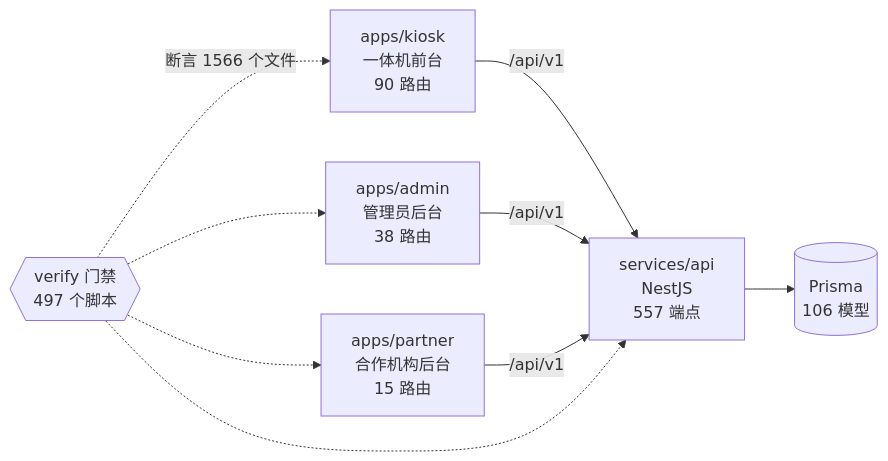
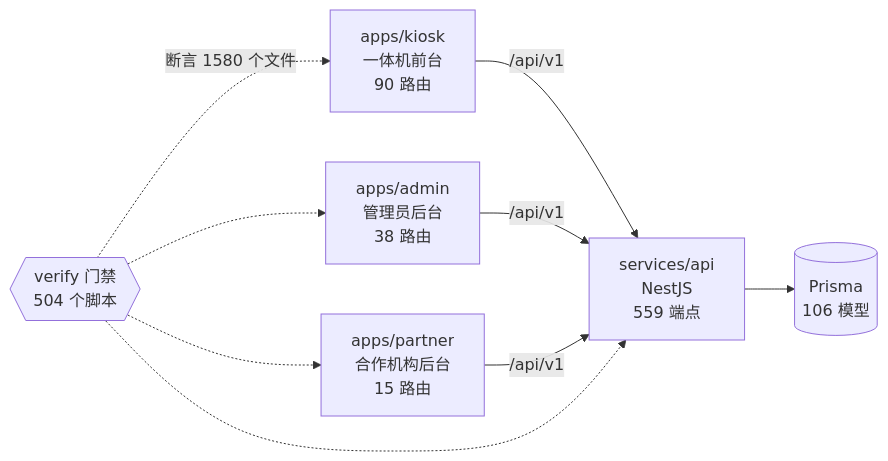
One commit to wanglei581/YITIJI changed the diagram in docs/graph/README.md. Above: the diagram before and after it, drawn with Mermaid. The commit also changed other lines of this file and 4 other files, not shown here.

Commit message:
chore(graph): regenerate after the batch merge (#1044–#1052, #1046, third-wave pilot)

````diff
--- a/docs/graph/README.md
+++ b/docs/graph/README.md
@@ -68,18 +68,18 @@
 ```mermaid
 flowchart LR
   kiosk["apps/kiosk<br/>一体机前台<br/>90 路由"]
   admin["apps/admin<br/>管理员后台<br/>38 路由"]
   partner["apps/partner<br/>合作机构后台<br/>15 路由"]
-  api["services/api<br/>NestJS<br/>557 端点"]
+  api["services/api<br/>NestJS<br/>559 端点"]
   db[("Prisma<br/>106 模型")]
-  gates{{"verify 门禁<br/>497 个脚本"}}
+  gates{{"verify 门禁<br/>504 个脚本"}}
 
   kiosk -->|"/api/v1"| api
   admin -->|"/api/v1"| api
   partner -->|"/api/v1"| api
   api --> db
-  gates -.->|"断言 1566 个文件"| kiosk
+  gates -.->|"断言 1580 个文件"| kiosk
   gates -.-> admin
   gates -.-> partner
   gates -.-> api
 ```
````
